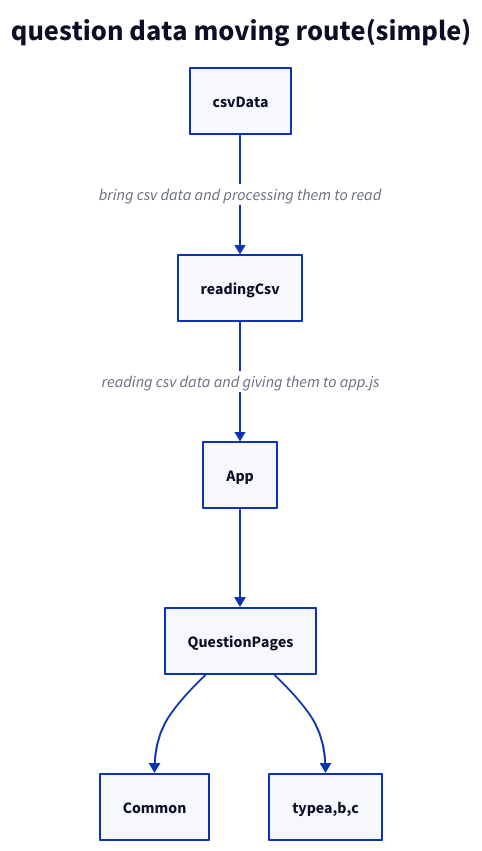
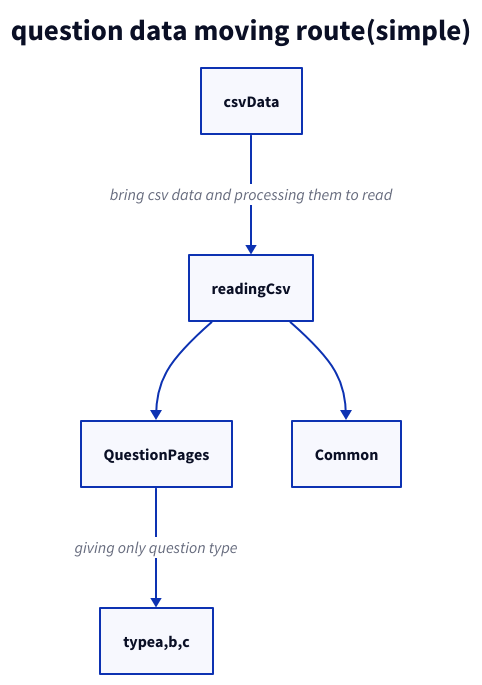
The diagram in src/algorithmStructure/questionDataMoving.d2 (kty1004/kroean-army-mbti), drawn with D2 before and after one commit. The commit also changed other lines of this file and 2 other files, not shown here.

Commit message:
question data moving route is changed
기존의 방법대로 어떻게든 해보려다가 계속 막혔다. 그놈의 promise때문에....

그런 이유도 있지만, 사실 잘 생각해보니, 데이터를 한 번에 다 나눠 주는 것이 빠를 것이라고 생각하여 question data moving route를 수정하게 되었다.

```diff
--- a/src/algorithmStructure/questionDataMoving.d2
+++ b/src/algorithmStructure/questionDataMoving.d2
@@ -1,13 +1,13 @@
 title: question data moving route(simple){
     near: top-center
     shape: text
     style: {
       font-size: 29
       bold: true
     }
   }
 csvData->readingCsv:bring csv data and processing them to read
-readingCsv->App: reading csv data and giving them to app.js
-App->QuestionPages
-QuestionPages->Common
-QuestionPages->typea,b,c
+
+readingCsv->QuestionPages
+readingCsv->Common
+QuestionPages->typea,b,c: giving only question type
```
